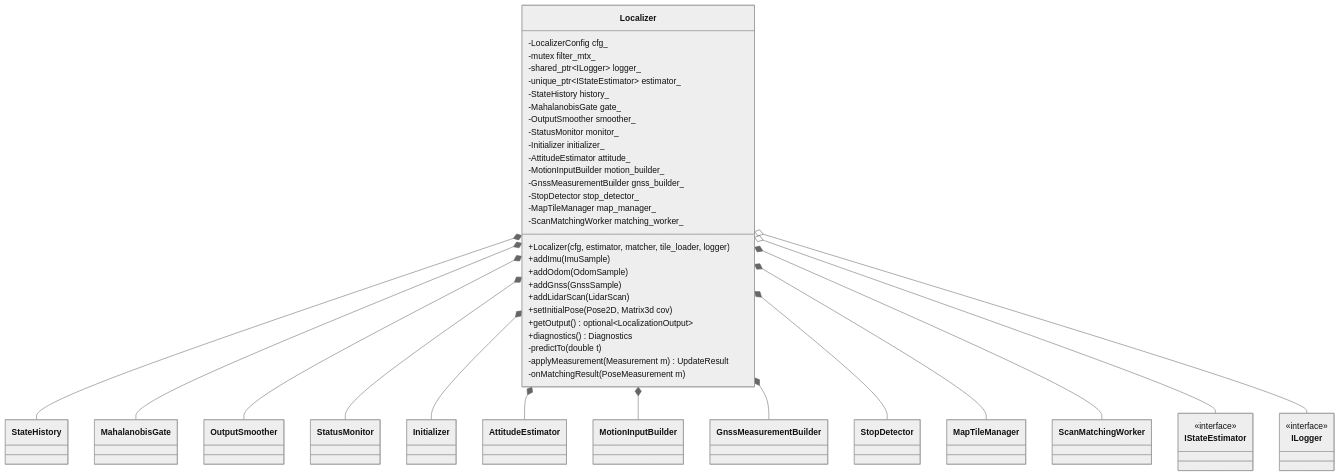
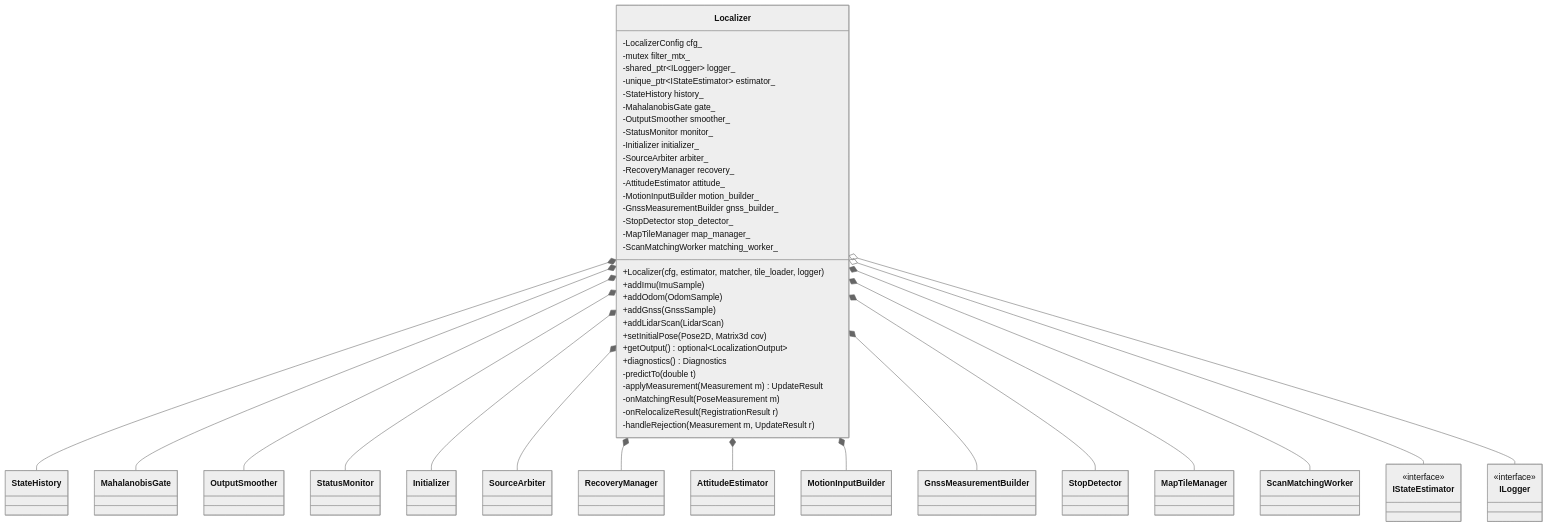
Before and after one commit to mamoru1126/gnss_and_lidar_localization: the fourth of 12 diagrams in docs/architecture.md, drawn with Mermaid (neutral theme). The commit also changed other lines of this file and 1 other file, not shown here.

````diff
--- a/docs/architecture.md
+++ b/docs/architecture.md
@@ -275,65 +280,73 @@
 ```mermaid
 classDiagram
   direction TB
 
   class Localizer {
     -LocalizerConfig cfg_
     -mutex filter_mtx_
     -shared_ptr~ILogger~ logger_
     -unique_ptr~IStateEstimator~ estimator_
     -StateHistory history_
     -MahalanobisGate gate_
     -OutputSmoother smoother_
     -StatusMonitor monitor_
     -Initializer initializer_
+    -SourceArbiter arbiter_
+    -RecoveryManager recovery_
     -AttitudeEstimator attitude_
     -MotionInputBuilder motion_builder_
     -GnssMeasurementBuilder gnss_builder_
     -StopDetector stop_detector_
     -MapTileManager map_manager_
     -ScanMatchingWorker matching_worker_
     +Localizer(cfg, estimator, matcher, tile_loader, logger)
     +addImu(ImuSample)
     +addOdom(OdomSample)
     +addGnss(GnssSample)
     +addLidarScan(LidarScan)
     +setInitialPose(Pose2D, Matrix3d cov)
     +getOutput() optional~LocalizationOutput~
     +diagnostics() Diagnostics
     -predictTo(double t)
     -applyMeasurement(Measurement m) UpdateResult
     -onMatchingResult(PoseMeasurement m)
+    -onRelocalizeResult(RegistrationResult r)
+    -handleRejection(Measurement m, UpdateResult r)
   }
 
   class IStateEstimator {
     <<interface>>
   }
   class StateHistory
   class MahalanobisGate
   class OutputSmoother
   class StatusMonitor
   class Initializer
+  class SourceArbiter
+  class RecoveryManager
   class AttitudeEstimator
   class MotionInputBuilder
   class GnssMeasurementBuilder
   class StopDetector
   class MapTileManager
   class ScanMatchingWorker
   class ILogger {
     <<interface>>
   }
 
   Localizer *-- StateHistory
   Localizer *-- MahalanobisGate
   Localizer *-- OutputSmoother
   Localizer *-- StatusMonitor
   Localizer *-- Initializer
+  Localizer *-- SourceArbiter
+  Localizer *-- RecoveryManager
   Localizer *-- AttitudeEstimator
   Localizer *-- MotionInputBuilder
   Localizer *-- GnssMeasurementBuilder
   Localizer *-- StopDetector
   Localizer *-- MapTileManager
   Localizer *-- ScanMatchingWorker
   Localizer o-- IStateEstimator
   Localizer o-- ILogger
 ```
````
